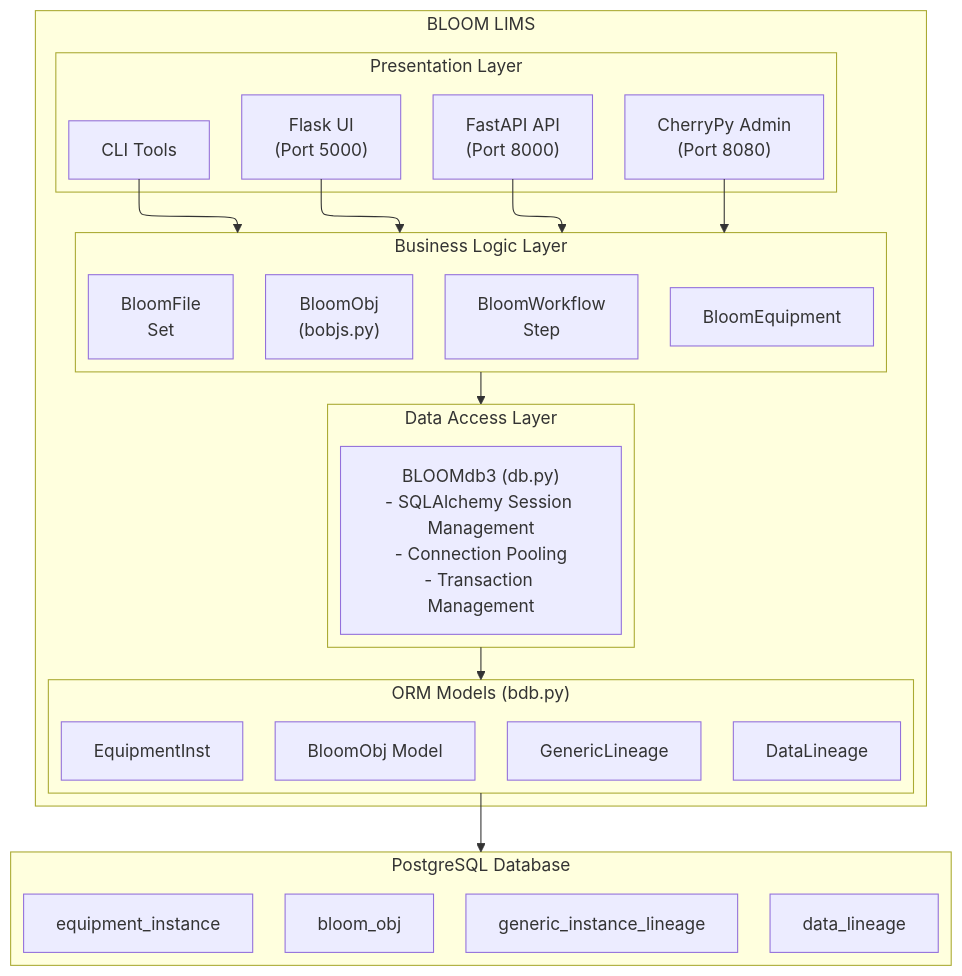
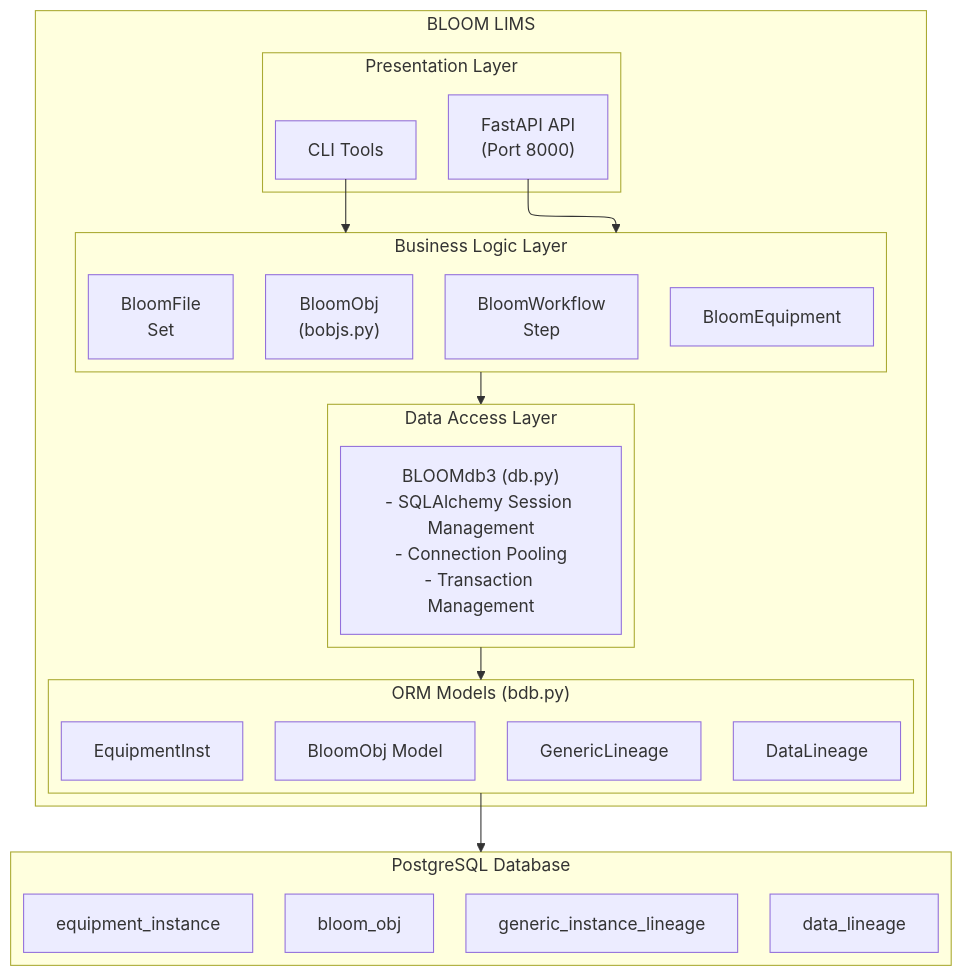
The diagram in R.mmd (Daylily-Informatics/bloom), drawn with Mermaid before and after one commit. The commit also changed 1 other file, not shown here.

```diff
--- a/R.mmd
+++ b/R.mmd
@@ -1,45 +1,41 @@
 %%{init: {
   "flowchart": {"defaultRenderer": "elk"}
 }}%%
 flowchart TB
     subgraph BLOOM["BLOOM LIMS"]
         subgraph Presentation["Presentation Layer"]
-            Flask["Flask UI<br/>(Port 5000)"]
             FastAPI["FastAPI API<br/>(Port 8000)"]
-            Cherry["CherryPy Admin<br/>(Port 8080)"]
             CLI["CLI Tools"]
         end
 
         subgraph Business["Business Logic Layer"]
             BloomObj["BloomObj<br/>(bobjs.py)"]
             BloomWF["BloomWorkflow<br/>Step"]
             BloomFile["BloomFile<br/>Set"]
             BloomEquip["BloomEquipment"]
         end
 
         subgraph DataAccess["Data Access Layer"]
             BLOOMdb3["BLOOMdb3 (db.py)<br/>- SQLAlchemy Session Management<br/>- Connection Pooling<br/>- Transaction Management"]
         end
 
         subgraph ORM["ORM Models (bdb.py)"]
             BloomObjModel["BloomObj Model"]
             GenericLineage["GenericLineage"]
             EquipmentInst["EquipmentInst"]
             DataLineage["DataLineage"]
         end
     end
 
     subgraph DB["PostgreSQL Database"]
         bloom_obj["bloom_obj"]
         generic_lineage["generic_instance_lineage"]
         equipment["equipment_instance"]
         data_lineage["data_lineage"]
     end
 
-    Flask --> Business
     FastAPI --> Business
-    Cherry --> Business
     CLI --> Business
     Business --> DataAccess
     DataAccess --> ORM
     ORM --> DB
```
